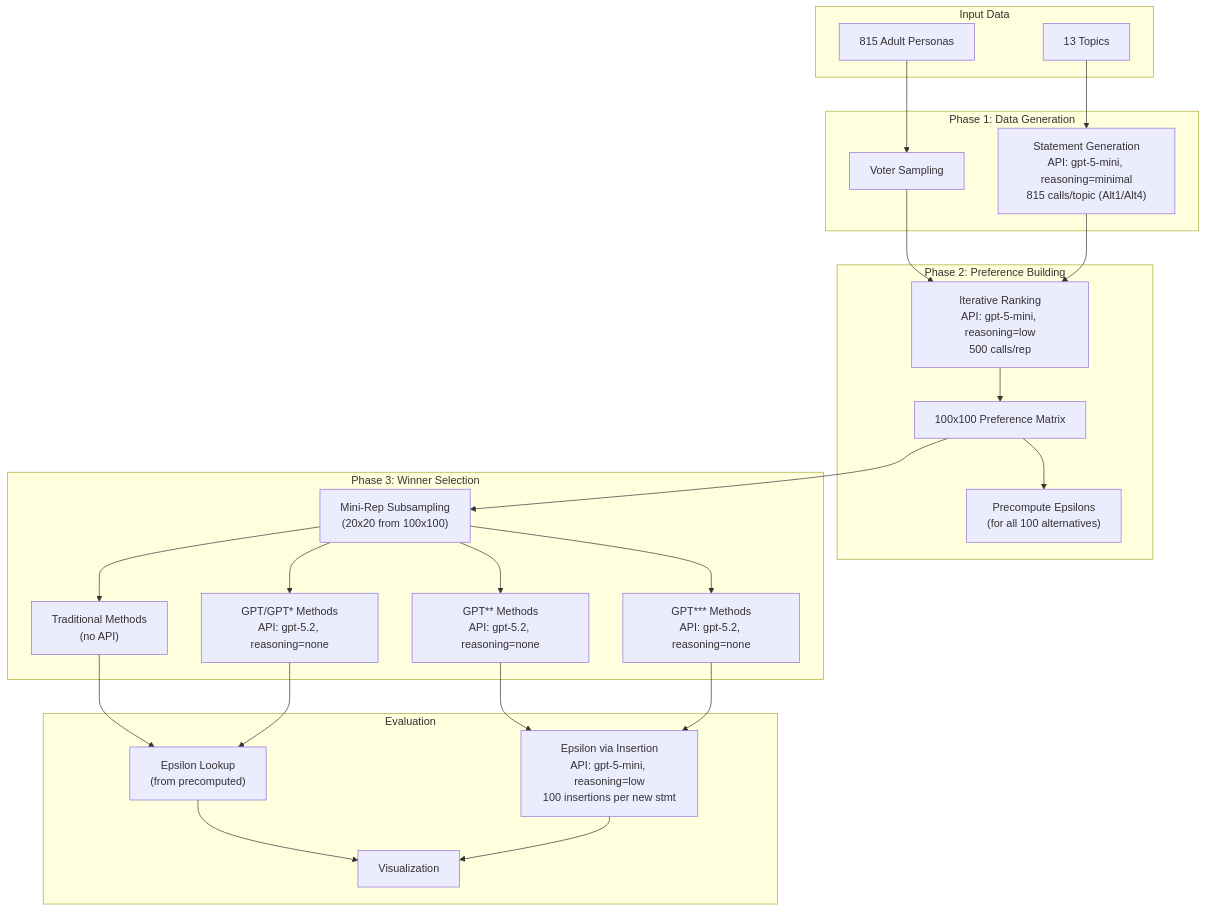
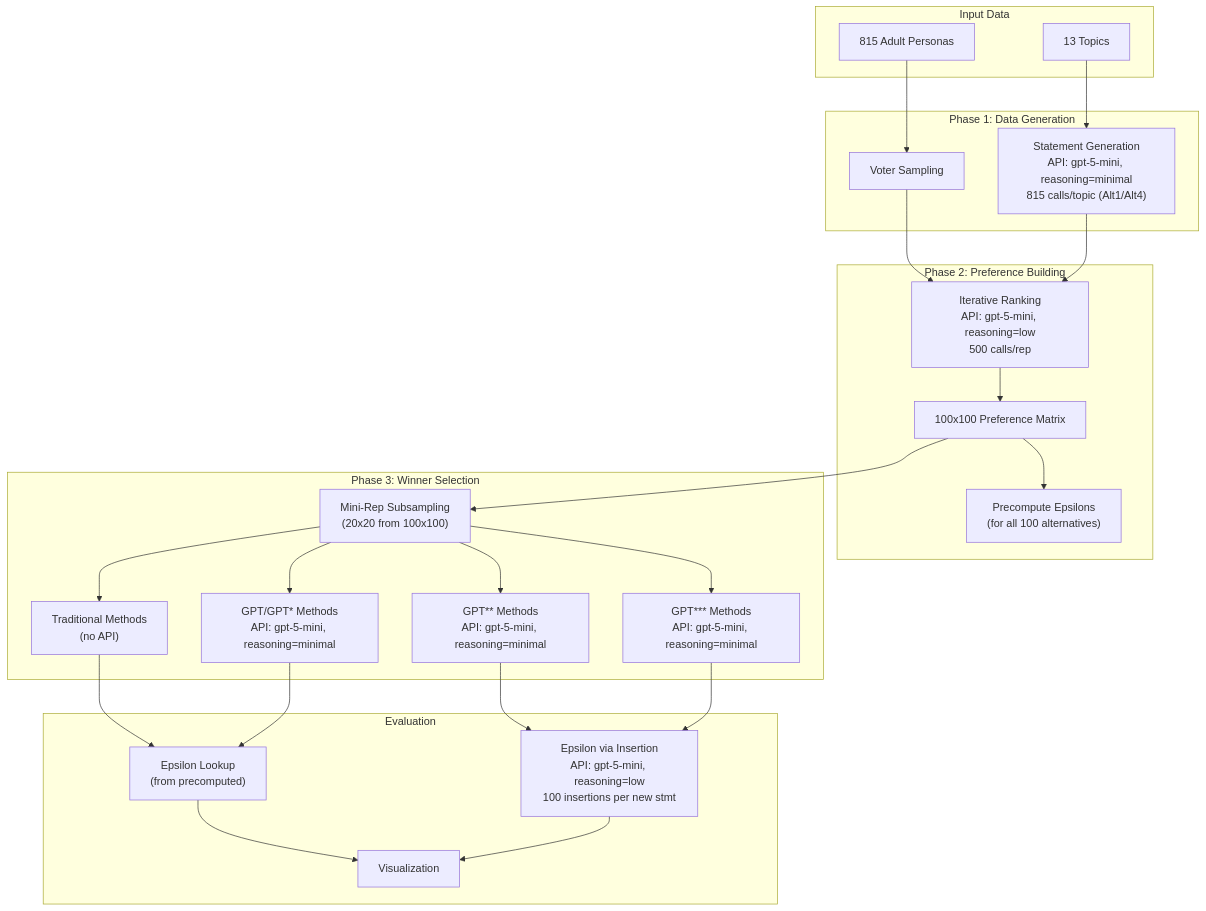
One commit to jeqcho/single-winner-generative-social-choice changed the first of 2 diagrams in README.md. Above: the diagram before and after it, drawn with Mermaid. The commit also changed other lines of this file and 1762 other files, not shown here.

Commit message:
rerun gpt double and triple star with mini. New random baseline

````diff
--- a/README.md
+++ b/README.md
@@ -46,50 +46,50 @@
 ```mermaid
 flowchart TD
     subgraph inputs [Input Data]
         P[815 Adult Personas]
         T[13 Topics]
     end
 
     subgraph phase1 [Phase 1: Data Generation]
         VS[Voter Sampling]
         SG["Statement Generation<br/>API: gpt-5-mini, reasoning=minimal<br/>815 calls/topic (Alt1/Alt4)"]
     end
 
     subgraph phase2 [Phase 2: Preference Building]
         PR["Iterative Ranking<br/>API: gpt-5-mini, reasoning=low<br/>500 calls/rep"]
         PM[100x100 Preference Matrix]
         PE["Precompute Epsilons<br/>(for all 100 alternatives)"]
     end
 
     subgraph phase3 [Phase 3: Winner Selection]
         MR["Mini-Rep Subsampling<br/>(20x20 from 100x100)"]
         TM["Traditional Methods<br/>(no API)"]
-        GPT0["GPT/GPT* Methods<br/>API: gpt-5.2, reasoning=none"]
-        GPT2["GPT** Methods<br/>API: gpt-5.2, reasoning=none"]
-        GPT3["GPT*** Methods<br/>API: gpt-5.2, reasoning=none"]
+        GPT0["GPT/GPT* Methods<br/>API: gpt-5-mini, reasoning=minimal"]
+        GPT2["GPT** Methods<br/>API: gpt-5-mini, reasoning=minimal"]
+        GPT3["GPT*** Methods<br/>API: gpt-5-mini, reasoning=minimal"]
     end
 
     subgraph metrics [Evaluation]
         EL["Epsilon Lookup<br/>(from precomputed)"]
         EI["Epsilon via Insertion<br/>API: gpt-5-mini, reasoning=low<br/>100 insertions per new stmt"]
         VIZ[Visualization]
     end
 
     P --> VS
     T --> SG
     VS --> PR
     SG --> PR
     PR --> PM
     PM --> PE
     PM --> MR
     MR --> TM
     MR --> GPT0
     MR --> GPT2
     MR --> GPT3
     TM --> EL
     GPT0 --> EL
     GPT2 --> EI
     GPT3 --> EI
     EL --> VIZ
     EI --> VIZ
 ```
````
